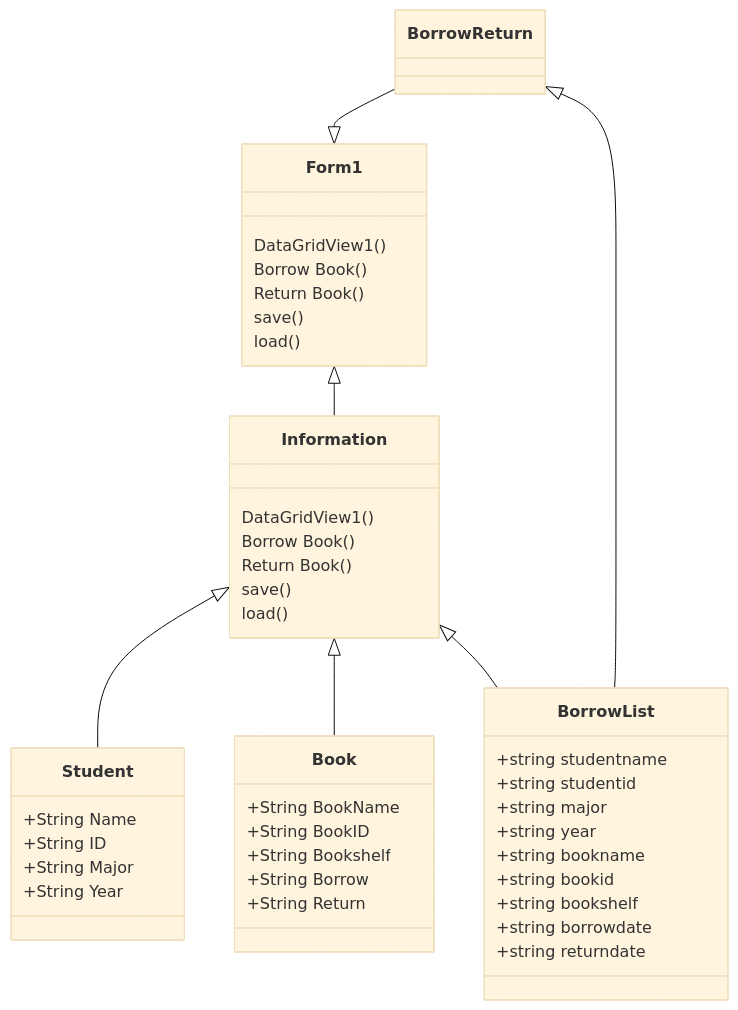
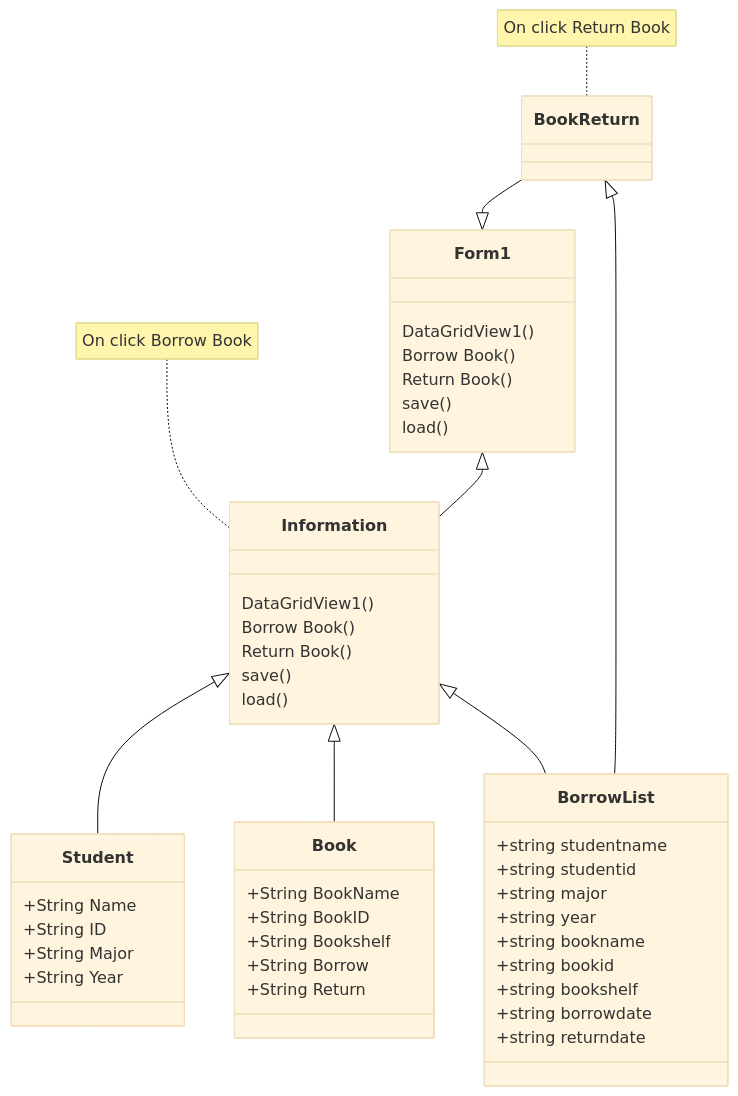
One commit to bbxxaxxm/Finalnatnicha changed the diagram in README.md. Above: the diagram before and after it, drawn with Mermaid (base theme).

````diff
--- a/README.md
+++ b/README.md
@@ -9,43 +9,45 @@
 ```mermaid
 classDiagram
     Form1 <|-- Information
     Form1 : DataGridView1()
     Form1 : Borrow Book()
     Form1 : Return Book()
     Form1 : save()
     Form1 : load()
+    note for Information "On click Borrow Book"
     Information <|-- Student
     Information <|-- Book
     Information <|-- BorrowList
     Information : DataGridView1()
     Information : Borrow Book()
     Information: Return Book()
     Information: save()
     Information: load()
-    BorrowReturn --|> Form1
-    BorrowReturn <|-- BorrowList
+     note for BookReturn "On click Return Book"
+    BookReturn --|> Form1
+    BookReturn <|-- BorrowList
     class Student{
         +String Name
         +String ID
         +String Major
         +String Year
     }
     class Book{
         +String BookName
         +String BookID
         +String Bookshelf
         +String Borrow
         +String Return
     }
     class BorrowList{
         +string studentname
         +string studentid
         +string major
         +string year
         +string bookname
         +string bookid
         +string bookshelf
         +string borrowdate
         +string returndate
     }
 ```
````
